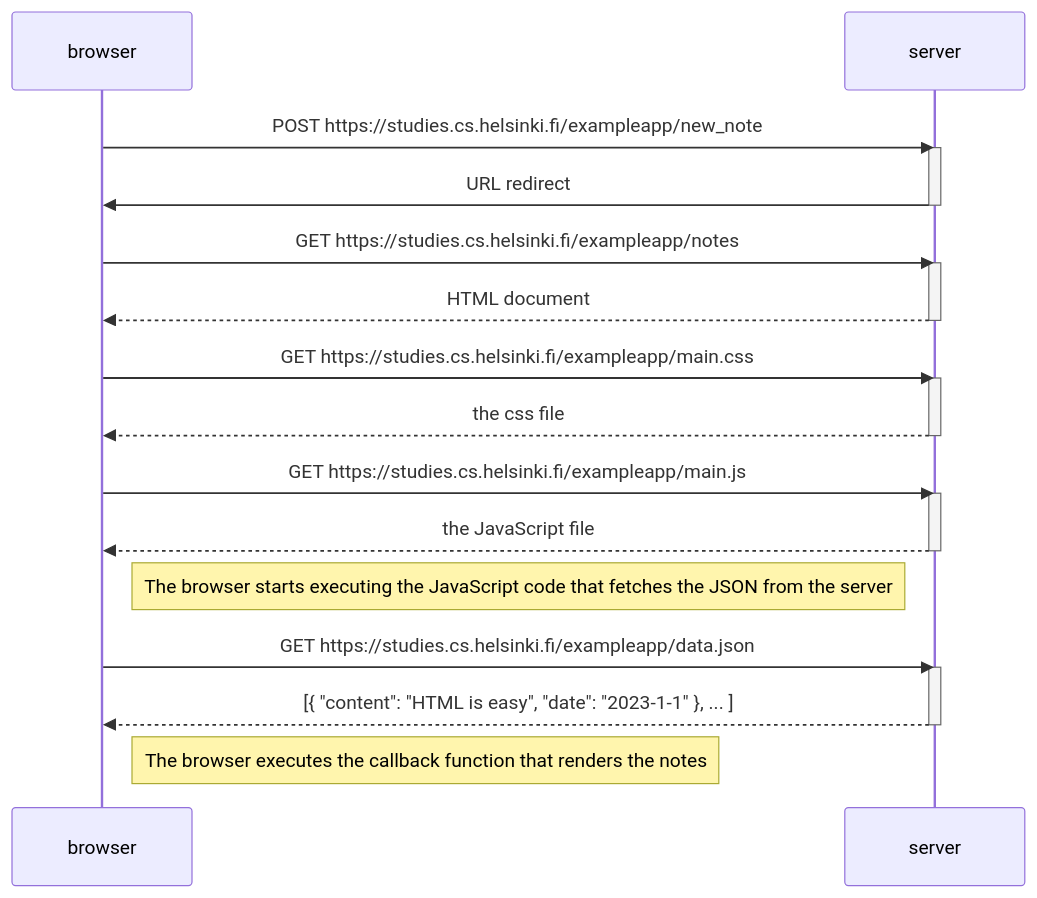
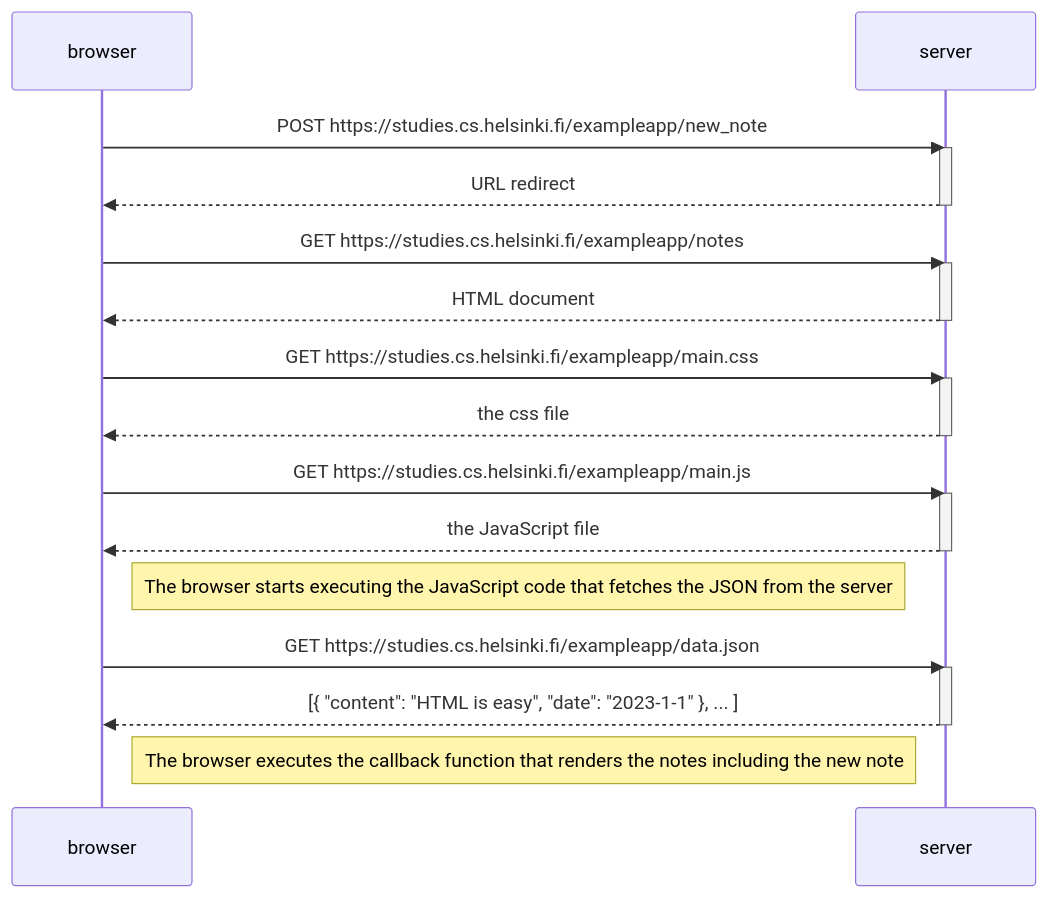
The diagram in excersices04-06.md (fullstackopen23/part0), drawn with Mermaid before and after one commit.

````diff
--- a/excersices04-06.md
+++ b/excersices04-06.md
@@ -3,36 +3,36 @@
 ``` mermaid
 
 sequenceDiagram
     participant browser
     participant server
 
     browser->>server: POST https://studies.cs.helsinki.fi/exampleapp/new_note
     activate server
-    server->>browser: URL redirect 
+    server-->>browser: URL redirect 
     deactivate server
 
     browser->>server: GET https://studies.cs.helsinki.fi/exampleapp/notes
     activate server
     server-->>browser: HTML document
     deactivate server
 
     browser->>server: GET https://studies.cs.helsinki.fi/exampleapp/main.css
     activate server
     server-->>browser: the css file
     deactivate server
 
     browser->>server: GET https://studies.cs.helsinki.fi/exampleapp/main.js
     activate server
     server-->>browser: the JavaScript file
     deactivate server
 
     Note right of browser: The browser starts executing the JavaScript code that fetches the JSON from the server
 
     browser->>server: GET https://studies.cs.helsinki.fi/exampleapp/data.json
     activate server
     server-->>browser: [{ "content": "HTML is easy", "date": "2023-1-1" }, ... ]
     deactivate server
 
-    Note right of browser: The browser executes the callback function that renders the notes
+    Note right of browser: The browser executes the callback function that renders the notes including the new note
     
 ```
````
